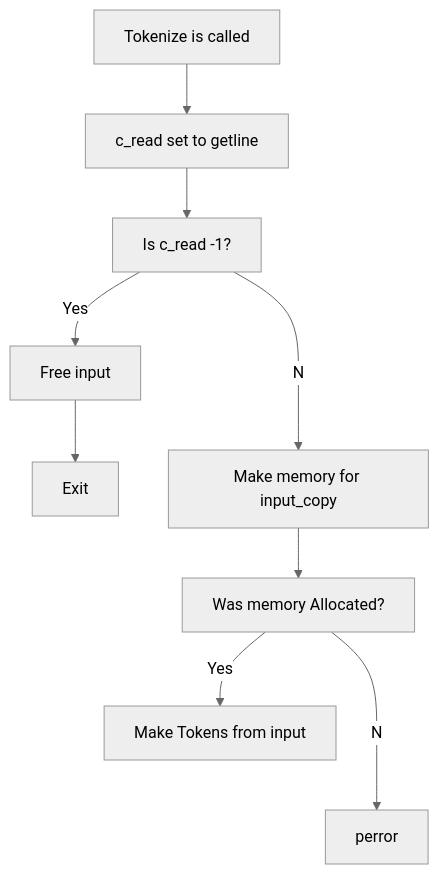
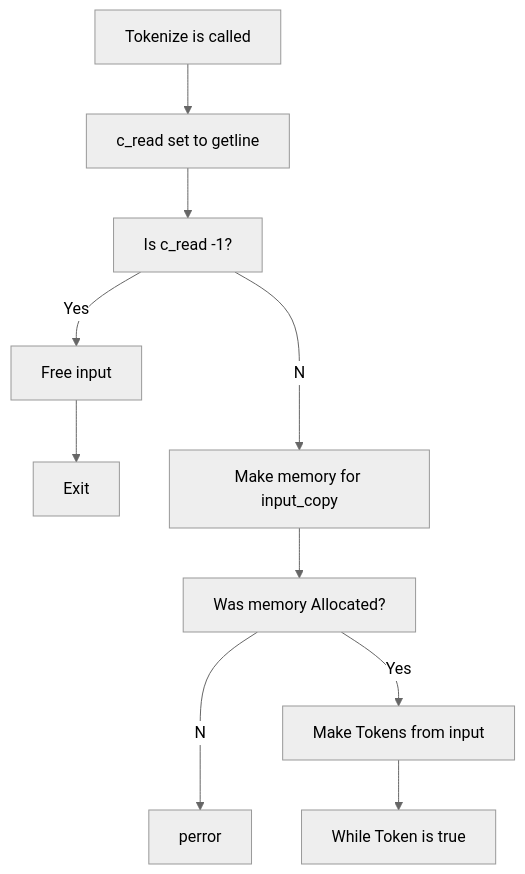
One commit to LeeWest89/MySuperRepo changed the diagram in README.md. Above: the diagram before and after it, drawn with Mermaid (neutral theme).

````diff
--- a/README.md
+++ b/README.md
@@ -3,11 +3,12 @@
 ```mermaid
 flowchart TB;
   A[Tokenize is called]-->B[c_read set to getline];
   B-->C[Is c_read -1?];
   C--Yes-->D[Free input];
   D-->E[Exit];
   C--No-->F[Make memory for input_copy];
   F-->G[Was memory Allocated?];
   G--No-->H[perror];
   G--Yes-->I[Make Tokens from input];
+  I-->J[While Token is true];
 ```
````
